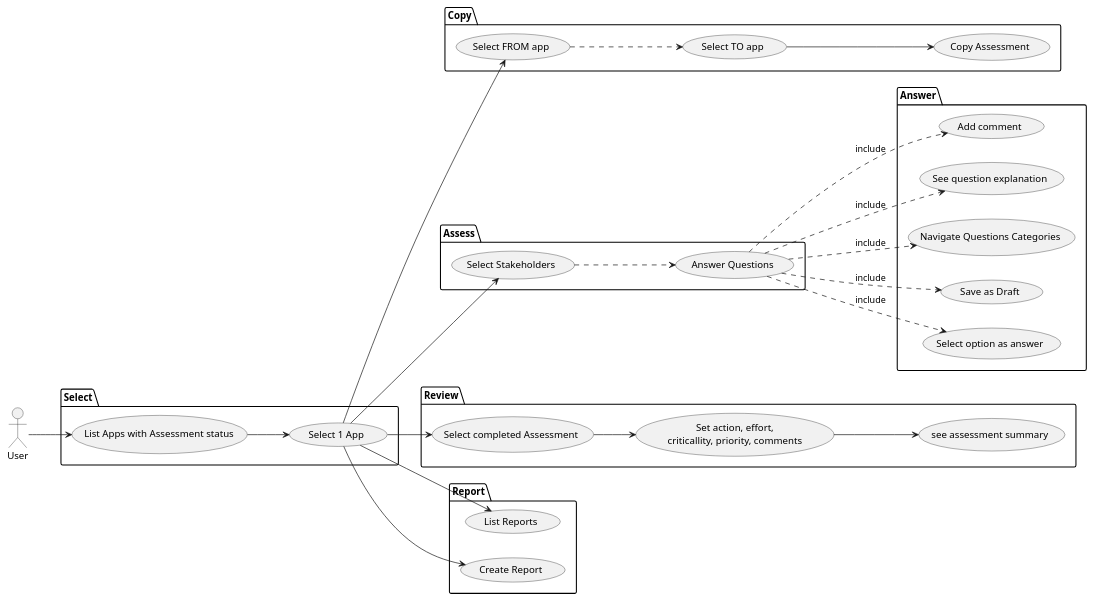
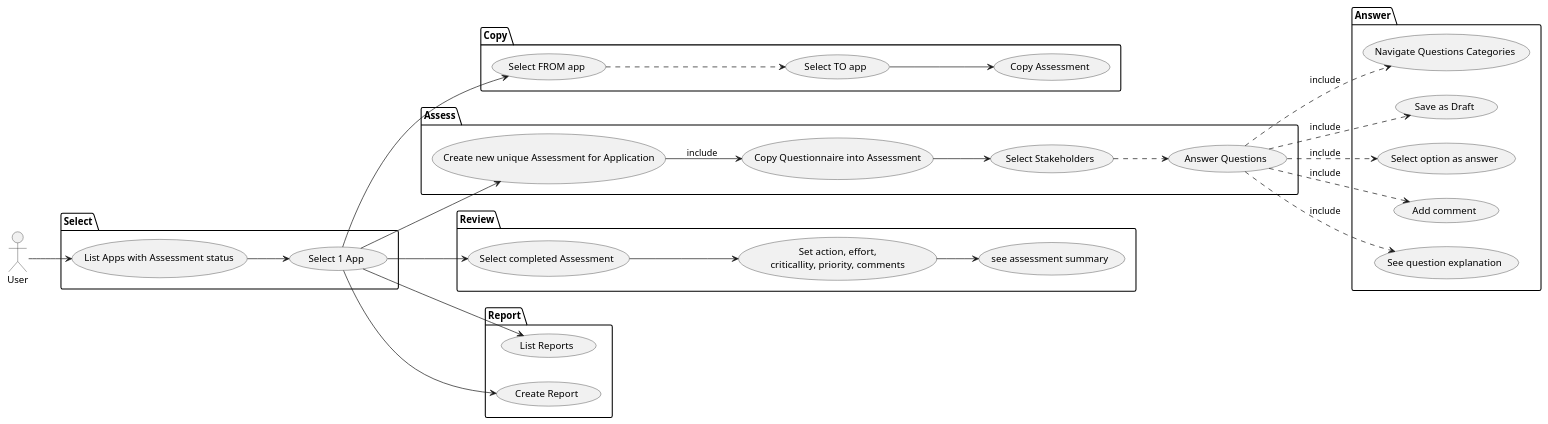
Before and after one commit to konveyor/tackle-pathfinder: the diagram in doc/diagrams/src/usecases.assess.plantuml, drawn with PlantUML. The commit also changed 28 other files, not shown here.

```diff
--- a/doc/diagrams/src/usecases.assess.plantuml
+++ b/doc/diagrams/src/usecases.assess.plantuml
@@ -1,58 +1,62 @@
 @startuml "Use Cases"
 left to right direction
 actor User
 package Select {
     usecase "List Apps with Assessment status" as list
     usecase "Select 1 App" as selectapp
 }
 package Copy {
     usecase "Select FROM app" as selectfrom
     usecase "Select TO app" as selectto
     usecase "Copy Assessment" as copyfromto
 }
 package Assess {
+    usecase "Create new unique Assessment for Application" as newassessment
+    usecase "Copy Questionnaire into Assessment" as copyquestionnaire
     usecase "Select Stakeholders" as selectstake
     usecase "Answer Questions" as answer
 }
 package Answer {
     usecase "Navigate Questions Categories" as navigate
     usecase "Save as Draft" as save
     usecase "Select option as answer" as select
     usecase "Add comment" as comment
     usecase "See question explanation" as explana
 }
 package Review {
     usecase "Select completed Assessment" as selectassessment
     usecase review as "Set action, effort,
     criticallity, priority, comments"
     usecase "see assessment summary" as summary
 }
 package Report {
     usecase "List Reports" as listreports
     usecase "Create Report" as createreport
 }
 
 
 
 User --> list
 list --> selectapp
 
 selectapp --> selectfrom
 selectto --> copyfromto
 selectfrom ..> selectto
 
-selectapp --> selectstake
+selectapp --> newassessment
+newassessment --> copyquestionnaire : include
+copyquestionnaire --> selectstake
 selectstake ..> answer
 answer ..> navigate : include
 answer ..> save : include
 answer ..> select : include
 answer ..> comment : include
 answer ..> explana : include
 
 selectapp --> selectassessment
 selectassessment --> review
 review --> summary
 
 selectapp --> listreports
 selectapp --> createreport
 @enduml
```
